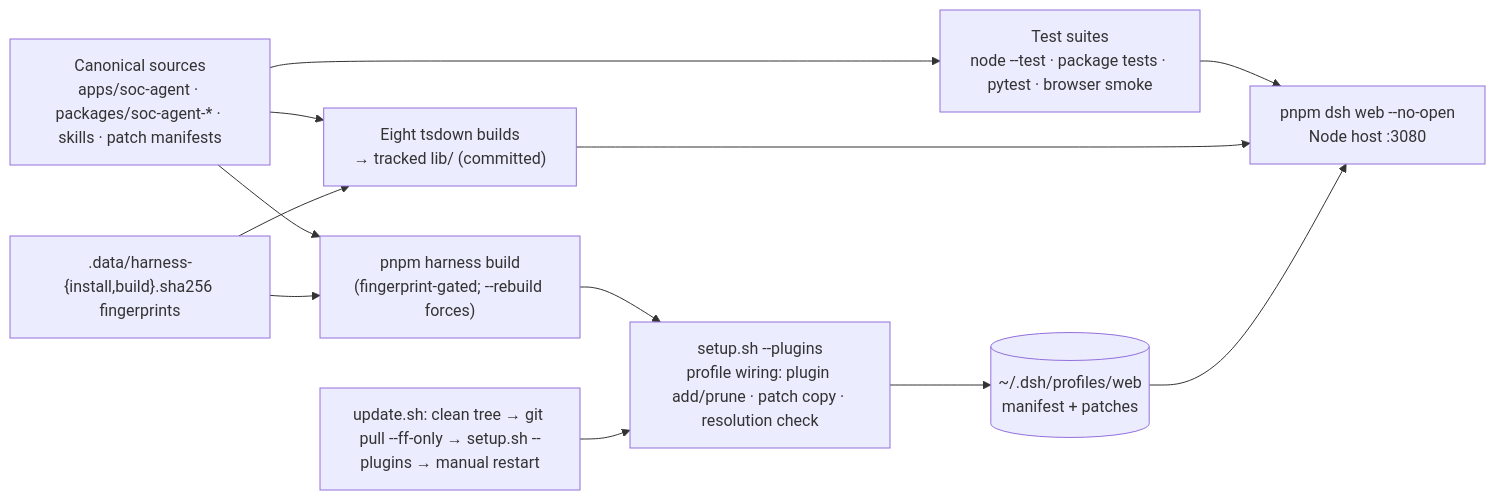
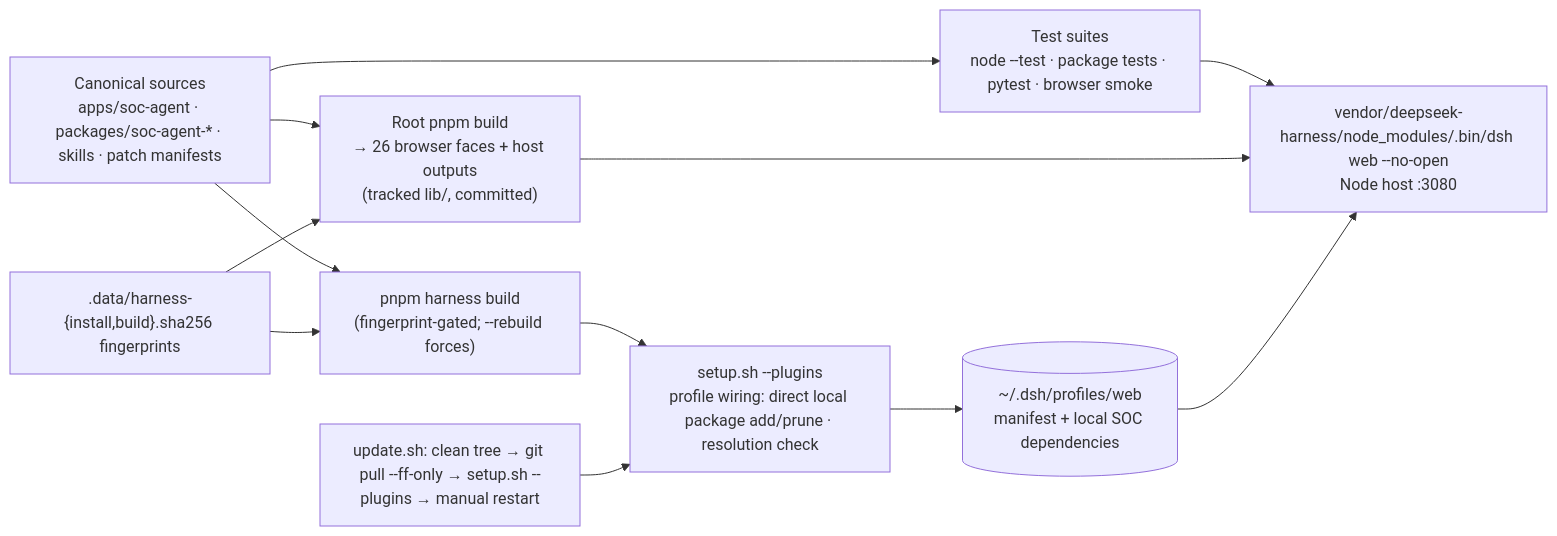
The diagram in docs/diagrams/build-test-deploy.mmd (Benchan691/CITIC_AGENT), drawn with Mermaid before and after one commit. The commit also changed 74 other files, not shown here.

First line of the commit message:
Refactor setup and documentation for improved SOC workspace management

```diff
--- a/docs/diagrams/build-test-deploy.mmd
+++ b/docs/diagrams/build-test-deploy.mmd
@@ -1,19 +1,19 @@
 %% Build/test/deploy lifecycle (verified against 56c8dd2)
 flowchart LR
     src["Canonical sources<br/>apps/soc-agent · packages/soc-agent-* · skills · patch manifests"]
     tests["Test suites<br/>node --test · package tests · pytest · browser smoke"]
-    build1["Eight tsdown builds<br/>→ tracked lib/ (committed)"]
+    build1["Root pnpm build<br/>→ 26 browser faces + host outputs<br/>(tracked lib/, committed)"]
     build2["pnpm harness build<br/>(fingerprint-gated; --rebuild forces)"]
     fp[".data/harness-{install,build}.sha256 fingerprints"]
-    setup["setup.sh --plugins<br/>profile wiring: plugin add/prune · patch copy · resolution check"]
-    profile[("~/.dsh/profiles/web<br/>manifest + patches")]
-    deploy["pnpm dsh web --no-open<br/>Node host :3080"]
+    setup["setup.sh --plugins<br/>profile wiring: direct local package add/prune · resolution check"]
+    profile[("~/.dsh/profiles/web<br/>manifest + local SOC dependencies")]
+    deploy["vendor/deepseek-harness/node_modules/.bin/dsh web --no-open<br/>Node host :3080"]
     update["update.sh: clean tree → git pull --ff-only → setup.sh --plugins → manual restart"]
 
     src --> tests --> deploy
     src --> build1 --> deploy
     src --> build2
     fp --> build1
     fp --> build2
     build2 --> setup --> profile --> deploy
     update --> setup
```
